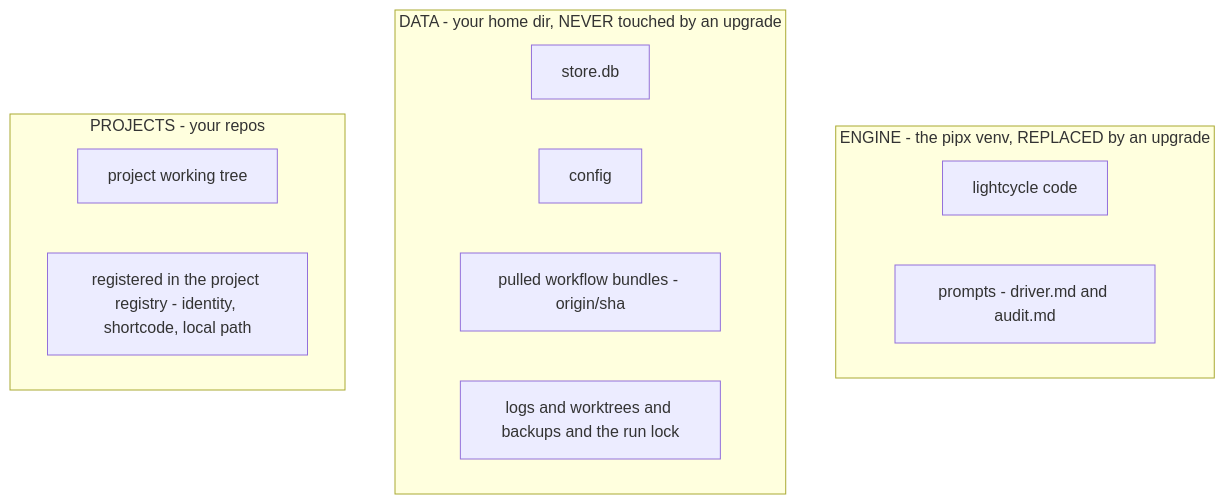
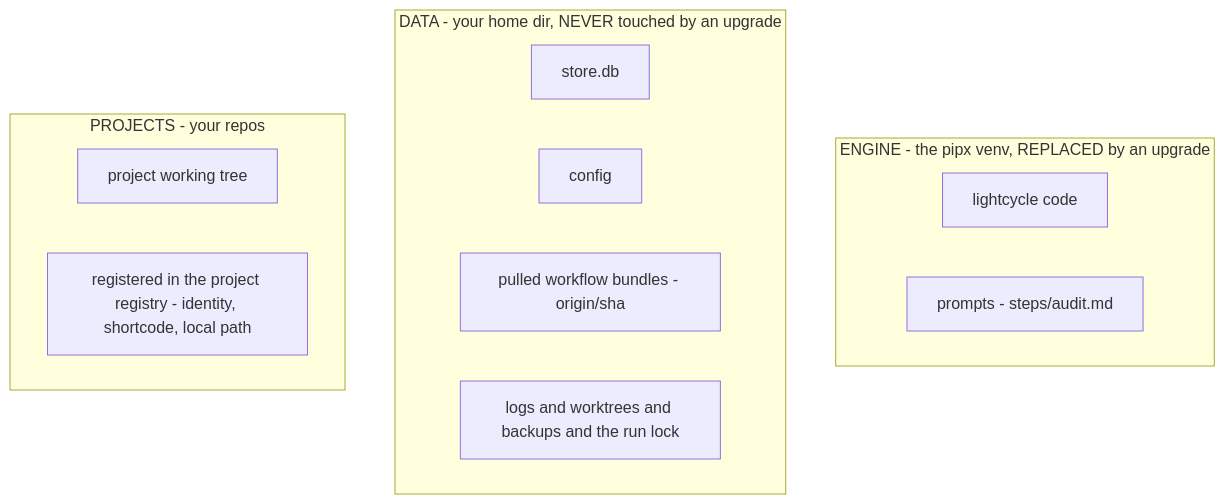
Before and after one commit to kenmclennan/lightcycle: the diagram in docs/installation-and-config.md, drawn with Mermaid. The commit also changed other lines of this file and 2 other files, not shown here.

````diff
--- a/docs/installation-and-config.md
+++ b/docs/installation-and-config.md
@@ -16,17 +16,17 @@
 ```mermaid
 graph TD
   subgraph engine[ENGINE - the pipx venv, REPLACED by an upgrade]
     code[lightcycle code]
-    prompts[prompts - driver.md and audit.md]
+    prompts[prompts - steps/audit.md]
   end
   subgraph data[DATA - your home dir, NEVER touched by an upgrade]
     store[store.db]
     conf[config]
     wf[pulled workflow bundles - origin/sha]
     rest[logs and worktrees and backups and the run lock]
   end
   subgraph projects[PROJECTS - your repos]
     repo[project working tree]
     reg[registered in the project registry - identity, shortcode, local path]
   end
 ```
````
